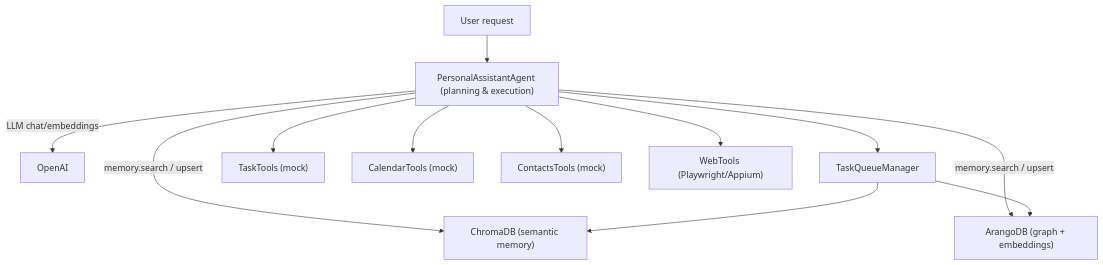
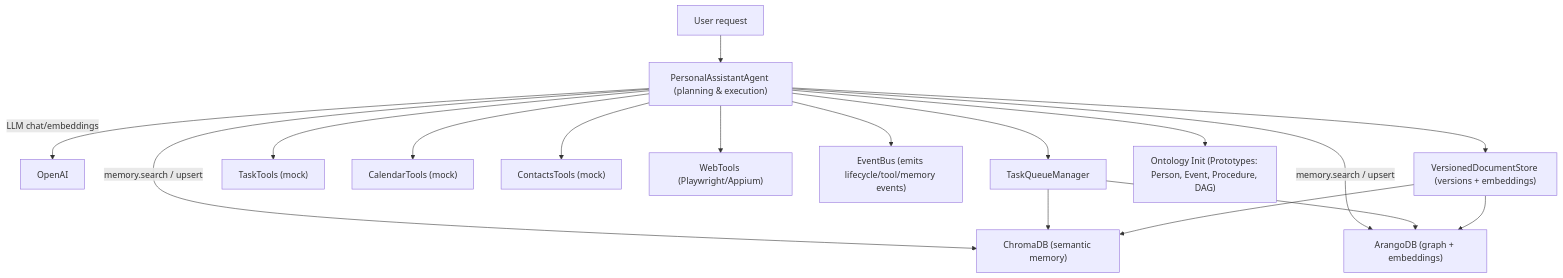
One commit to lehelkovach/osl-agent-prototype changed the diagram in README.md. Above: the diagram before and after it, drawn with Mermaid. The commit also changed other lines of this file and 4 other files, not shown here.

````diff
--- a/README.md
+++ b/README.md
@@ -12,14 +12,19 @@
 ```mermaid
 flowchart TB
     User["User request"] --> Agent
     Agent["PersonalAssistantAgent (planning & execution)"] -->|LLM chat/embeddings| OpenAI
     Agent -->|memory.search / upsert| Chroma["ChromaDB (semantic memory)"]
     Agent -->|memory.search / upsert| Arango["ArangoDB (graph + embeddings)"]
     Agent --> Queue["TaskQueueManager"]
     Agent --> Tasks["TaskTools (mock)"]
     Agent --> Calendar["CalendarTools (mock)"]
     Agent --> Contacts["ContactsTools (mock)"]
     Agent --> Web["WebTools (Playwright/Appium)"]
+    Agent --> Events["EventBus (emits lifecycle/tool/memory events)"]
+    Agent --> VersionedDocs["VersionedDocumentStore (versions + embeddings)"]
+    Agent --> Ontology["Ontology Init (Prototypes: Person, Event, Procedure, DAG)"]
     Queue --> Chroma
     Queue --> Arango
+    VersionedDocs --> Chroma
+    VersionedDocs --> Arango
 ```
````
